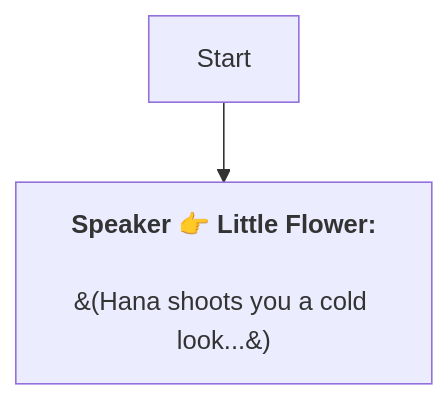
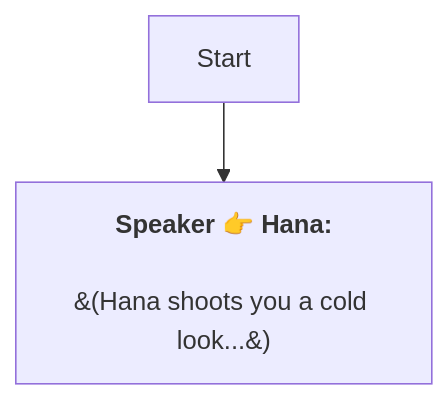
The diagram in En/Hana.md (SoftHu/tos_avg), drawn with Mermaid before and after one commit. The commit also changed 737 other files, not shown here.

````diff
--- a/En/Hana.md
+++ b/En/Hana.md
@@ -1,7 +1,6 @@
 ```mermaid
 graph
-Start -->1741632280964361[<b>Speaker 👉 Little Flower:</b>
+Start -->1741632280964361[<b>Speaker 👉 Hana:</b>
+\n&#40;Hana shoots you a cold look...&#41;]
 
-&#40;Hana shoots you a cold look...&#41;]
-
- ```
+```
````
